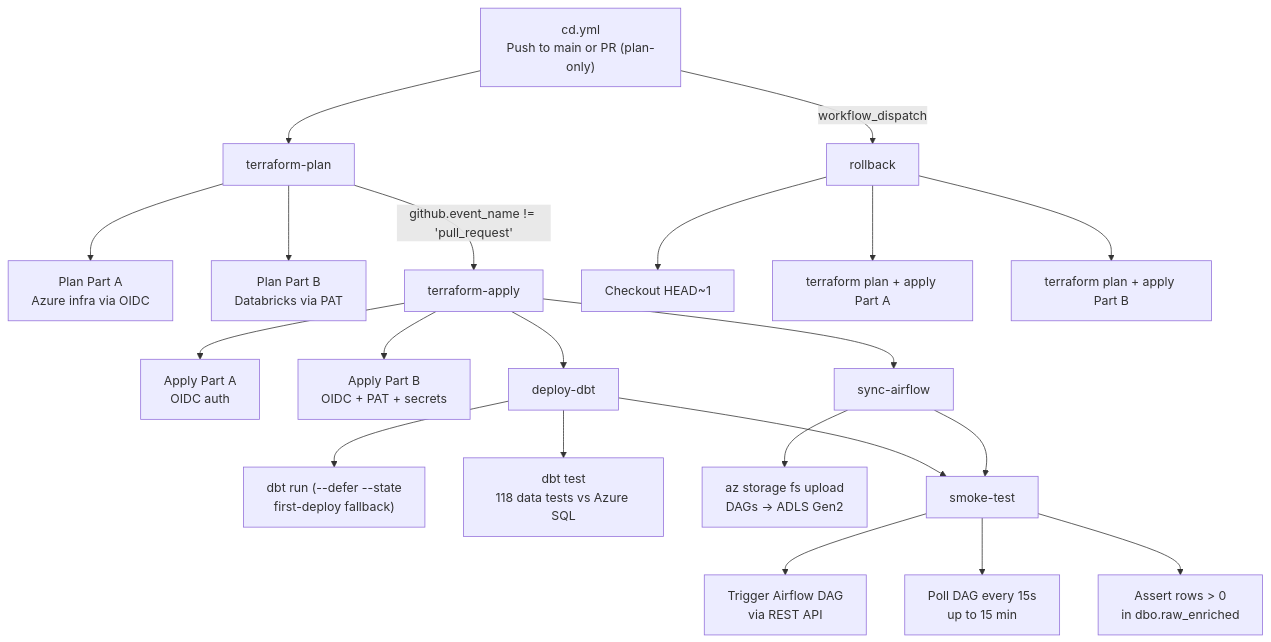
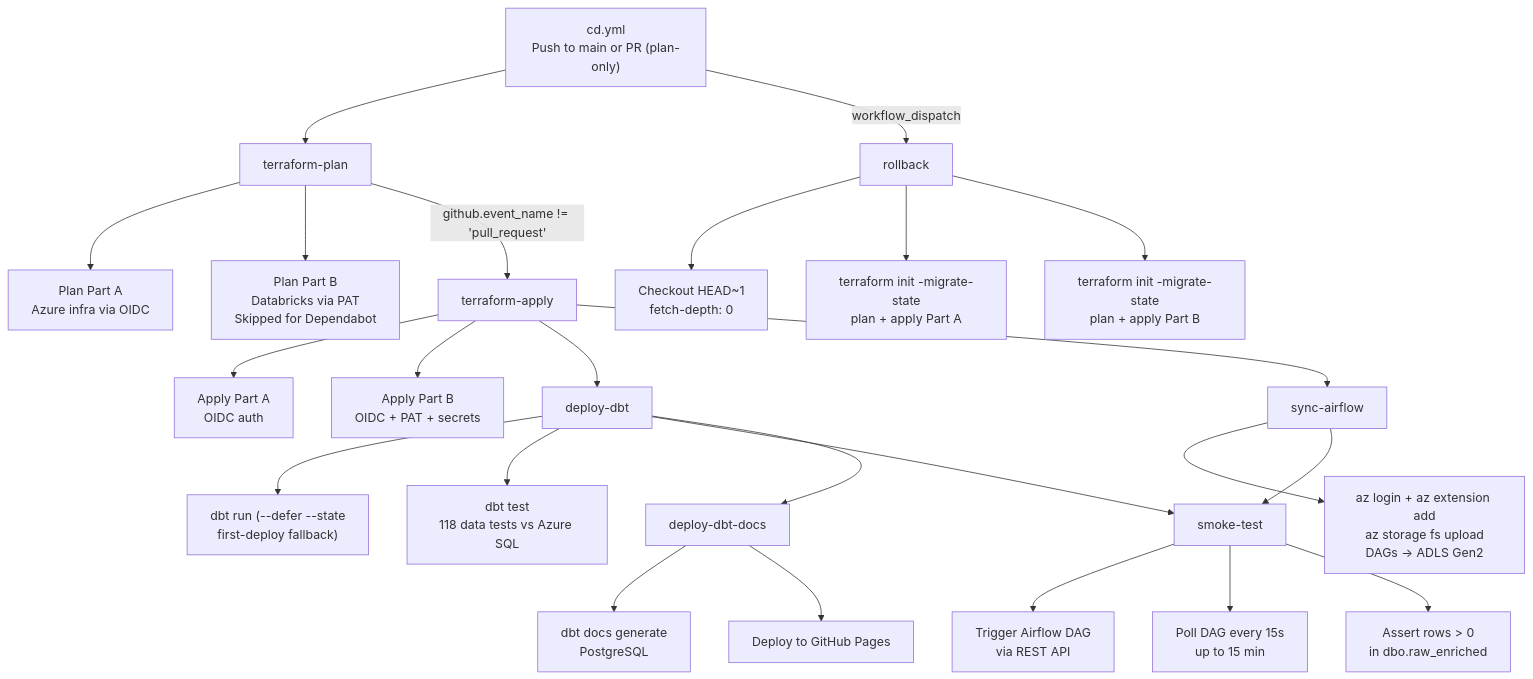
One commit to AhmedIkram05/w3c-etl-pipeline changed the second of 3 diagrams in plans/ci-cd-reference.md. Above: the diagram before and after it, drawn with Mermaid. The commit also changed other lines of this file, not shown here.

Commit message:
docs: update ci-cd-reference for current CD workflow (deploy-dbt-docs, Dependabot skip, sync OIDC, concurrency)

````diff
--- a/plans/ci-cd-reference.md
+++ b/plans/ci-cd-reference.md
@@ -179,28 +180,32 @@
 ```mermaid
 flowchart TD
     cd["cd.yml<br/>Push to main or PR (plan-only)"]
     cd --> tplan["terraform-plan"]
     tplan --> pa["Plan Part A<br/>Azure infra via OIDC"]
-    tplan --> pb["Plan Part B<br/>Databricks via PAT"]
+    tplan --> pb["Plan Part B<br/>Databricks via PAT<br/>Skipped for Dependabot"]
 
     tplan -->|"github.event_name != 'pull_request'"| tapply["terraform-apply"]
     tapply --> aa["Apply Part A<br/>OIDC auth"]
     tapply --> ab["Apply Part B<br/>OIDC + PAT + secrets"]
 
     tapply --> dbt["deploy-dbt"]
     dbt --> dbt_run["dbt run (--defer --state<br/>first-deploy fallback)"]
     dbt --> dbt_test["dbt test<br/>118 data tests vs Azure SQL"]
 
     tapply --> sync["sync-airflow"]
-    sync --> adls["az storage fs upload<br/>DAGs → ADLS Gen2"]
+    sync --> adls["az login + az extension add<br/>az storage fs upload<br/>DAGs → ADLS Gen2"]
 
     dbt & sync --> smoke["smoke-test"]
     smoke --> trigger["Trigger Airflow DAG<br/>via REST API"]
     smoke --> poll["Poll DAG every 15s<br/>up to 15 min"]
     smoke --> assert["Assert rows > 0<br/>in dbo.raw_enriched"]
 
+    dbt --> docs["deploy-dbt-docs"]
+    docs --> dg["dbt docs generate<br/>PostgreSQL"]
+    docs --> pages["Deploy to GitHub Pages"]
+
     cd -->|"workflow_dispatch"| rollback["rollback"]
-    rollback --> co["Checkout HEAD~1"]
-    rollback --> rpa["terraform plan + apply Part A"]
-    rollback --> rpb["terraform plan + apply Part B"]
+    rollback --> co["Checkout HEAD~1<br/>fetch-depth: 0"]
+    rollback --> rpa["terraform init -migrate-state<br/>plan + apply Part A"]
+    rollback --> rpb["terraform init -migrate-state<br/>plan + apply Part B"]
 ```
````
